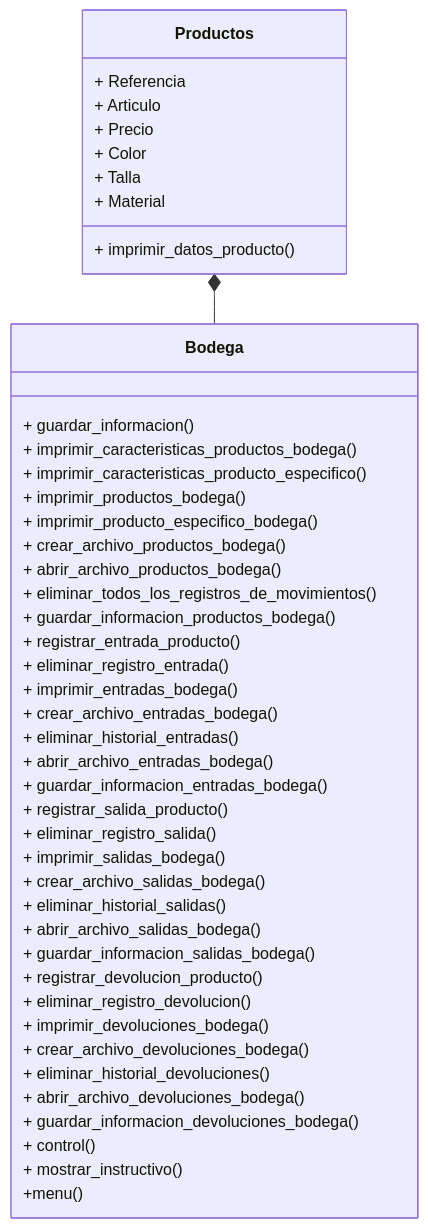
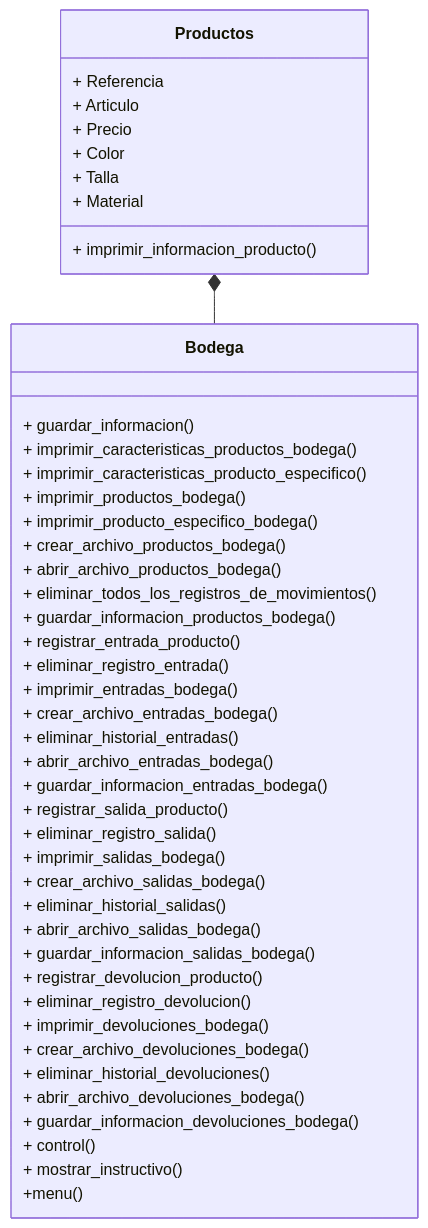
Before and after one commit to pjimenezq/Proyecto-Final-POO: the diagram in README.md, drawn with Mermaid.

````diff
--- a/README.md
+++ b/README.md
@@ -82,47 +82,47 @@
 ```mermaid
 
 classDiagram
     class Bodega
     Bodega: + guardar_informacion()
     Bodega: + imprimir_caracteristicas_productos_bodega()
     Bodega: + imprimir_caracteristicas_producto_especifico()
     Bodega: + imprimir_productos_bodega()
     Bodega: + imprimir_producto_especifico_bodega()
     Bodega: + crear_archivo_productos_bodega()
     Bodega: + abrir_archivo_productos_bodega()
     Bodega: + eliminar_todos_los_registros_de_movimientos()
     Bodega: + guardar_informacion_productos_bodega()
     Bodega: + registrar_entrada_producto()
     Bodega: + eliminar_registro_entrada()
     Bodega: + imprimir_entradas_bodega()
     Bodega: + crear_archivo_entradas_bodega()
     Bodega: + eliminar_historial_entradas()
     Bodega: + abrir_archivo_entradas_bodega()
     Bodega: + guardar_informacion_entradas_bodega()
     Bodega: + registrar_salida_producto()
     Bodega: + eliminar_registro_salida()
     Bodega: + imprimir_salidas_bodega()
     Bodega: + crear_archivo_salidas_bodega()
     Bodega: + eliminar_historial_salidas()
     Bodega: + abrir_archivo_salidas_bodega()
     Bodega: + guardar_informacion_salidas_bodega()
     Bodega: + registrar_devolucion_producto()
     Bodega: + eliminar_registro_devolucion()
     Bodega: + imprimir_devoluciones_bodega()
     Bodega: + crear_archivo_devoluciones_bodega()
     Bodega: + eliminar_historial_devoluciones()
     Bodega: + abrir_archivo_devoluciones_bodega()
     Bodega: + guardar_informacion_devoluciones_bodega()
     Bodega: + control()
     Bodega: + mostrar_instructivo()
     Bodega: +menu()
 
     Productos*--Bodega
     Productos: + Referencia
     Productos: + Articulo
     Productos: + Precio
     Productos: + Color
     Productos: + Talla    
     Productos: + Material
-    Productos: + imprimir_datos_producto()
+    Productos: + imprimir_informacion_producto()
 ```
````
